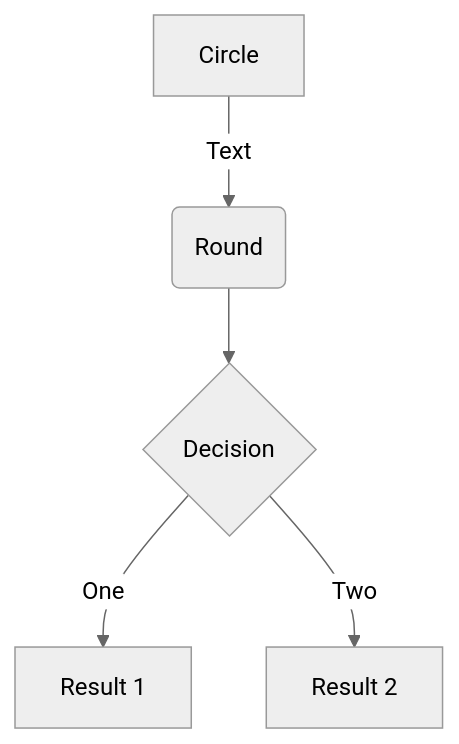
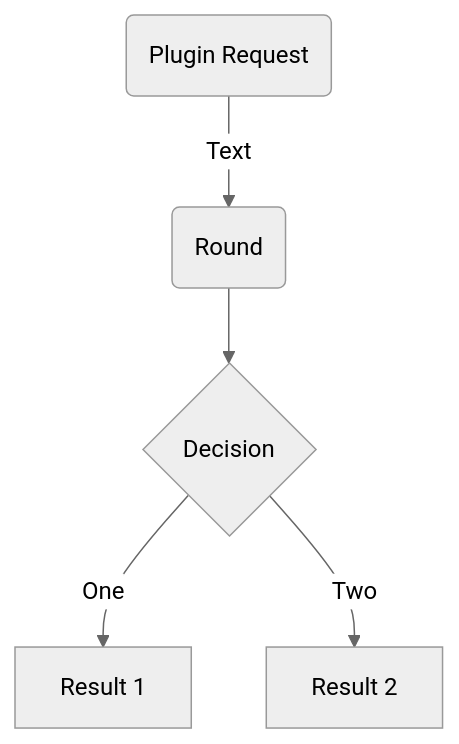
One commit to GovTechSG/ship-hats-overview changed the first of 2 diagrams in plugin-review-process.md. Above: the diagram before and after it, drawn with Mermaid (neutral theme). The commit also changed other lines of this file, not shown here.

````diff
--- a/plugin-review-process.md
+++ b/plugin-review-process.md
@@ -29,7 +20,7 @@
 ```mermaid
 graph TD
-A[Circle] -->|Text| B(Round)
+A(Plugin Request) -->|Text| B(Round)
 B --> C{Decision}
 C -->|One| D[Result 1]
 C -->|Two| E[Result 2]
 ```
````
